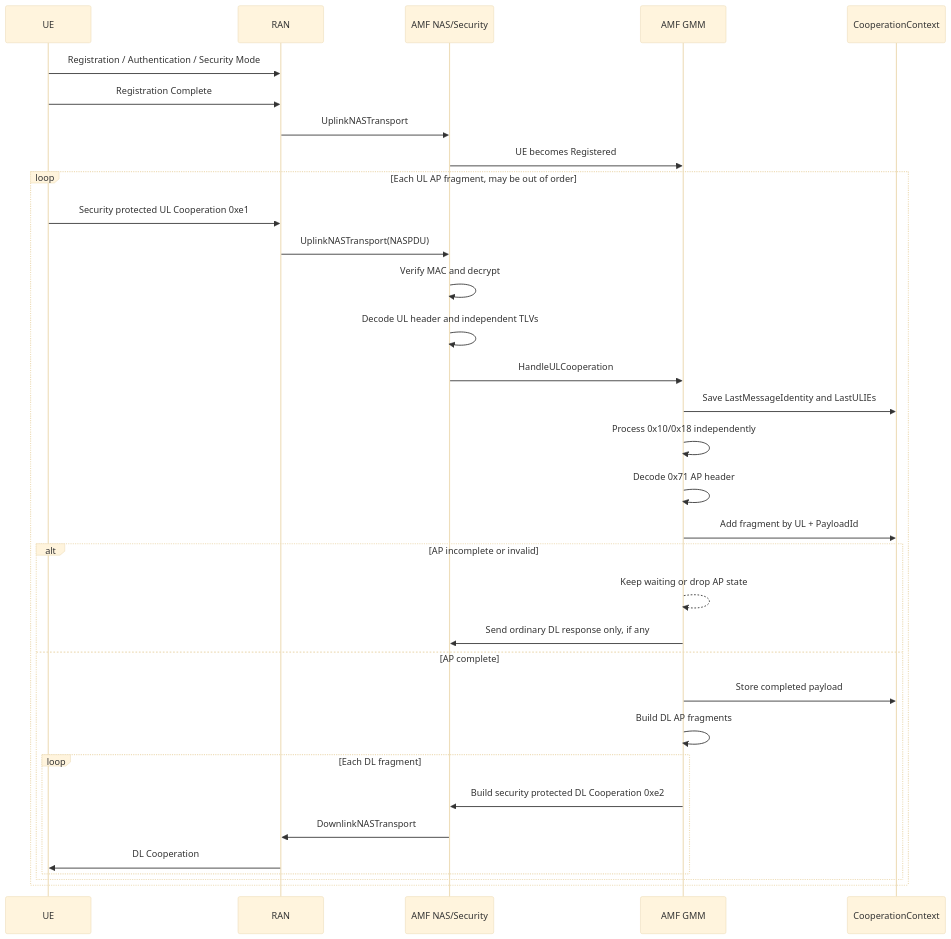
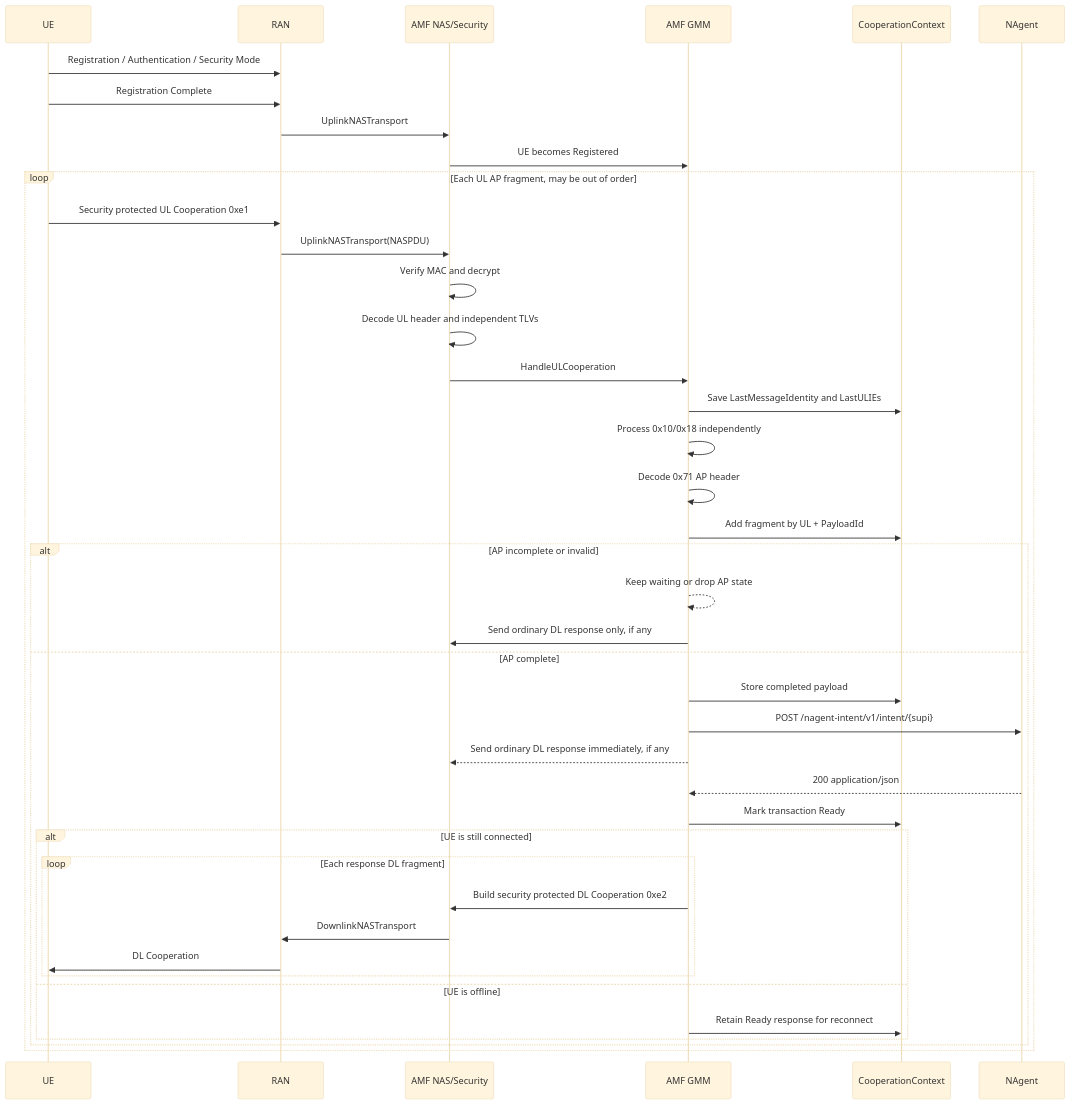
Before and after one commit to acore2026/amf: the diagram in docs/cooperation-porting-guide.md, drawn with Mermaid (base theme). The commit also changed other lines of this file, not shown here.

Commit message:
docs: describe NAgent AP intent integration

````diff
--- a/docs/cooperation-porting-guide.md
+++ b/docs/cooperation-porting-guide.md
@@ -242,37 +242,45 @@
 ```mermaid
 sequenceDiagram
     participant UE
     participant RAN
     participant NAS as AMF NAS/Security
     participant GMM as AMF GMM
     participant CTX as CooperationContext
+    participant NAgent
 
     UE->>RAN: Registration / Authentication / Security Mode
     UE->>RAN: Registration Complete
     RAN->>NAS: UplinkNASTransport
     NAS->>GMM: UE becomes Registered
 
     loop Each UL AP fragment, may be out of order
         UE->>RAN: Security protected UL Cooperation 0xe1
         RAN->>NAS: UplinkNASTransport(NASPDU)
         NAS->>NAS: Verify MAC and decrypt
         NAS->>NAS: Decode UL header and independent TLVs
         NAS->>GMM: HandleULCooperation
         GMM->>CTX: Save LastMessageIdentity and LastULIEs
         GMM->>GMM: Process 0x10/0x18 independently
         GMM->>GMM: Decode 0x71 AP header
         GMM->>CTX: Add fragment by UL + PayloadId
         alt AP incomplete or invalid
             GMM-->>GMM: Keep waiting or drop AP state
             GMM->>NAS: Send ordinary DL response only, if any
         else AP complete
             GMM->>CTX: Store completed payload
-            GMM->>GMM: Build DL AP fragments
-            loop Each DL fragment
-                GMM->>NAS: Build security protected DL Cooperation 0xe2
-                NAS->>RAN: DownlinkNASTransport
-                RAN->>UE: DL Cooperation
+            GMM->>NAgent: POST /nagent-intent/v1/intent/{supi}
+            GMM-->>NAS: Send ordinary DL response immediately, if any
+            NAgent-->>GMM: 200 application/json
+            GMM->>CTX: Mark transaction Ready
+            alt UE is still connected
+                loop Each response DL fragment
+                    GMM->>NAS: Build security protected DL Cooperation 0xe2
+                    NAS->>RAN: DownlinkNASTransport
+                    RAN->>UE: DL Cooperation
+                end
+            else UE is offline
+                GMM->>CTX: Retain Ready response for reconnect
             end
         end
     end
 ```
````
